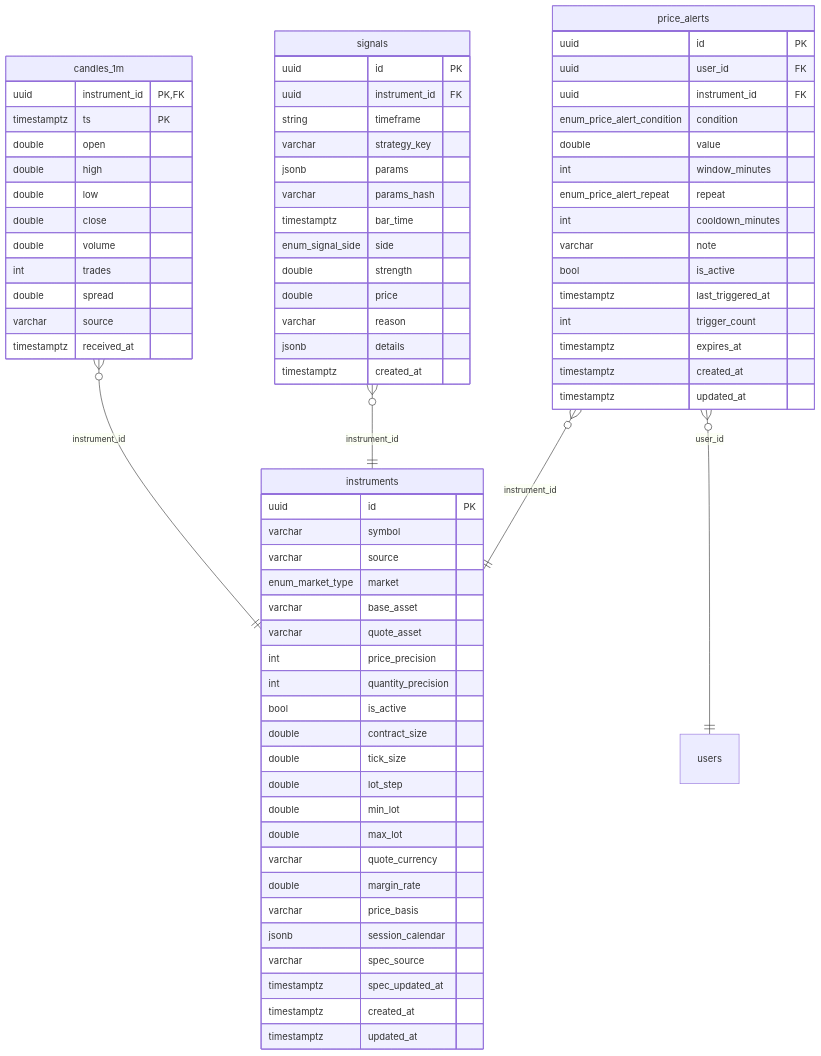
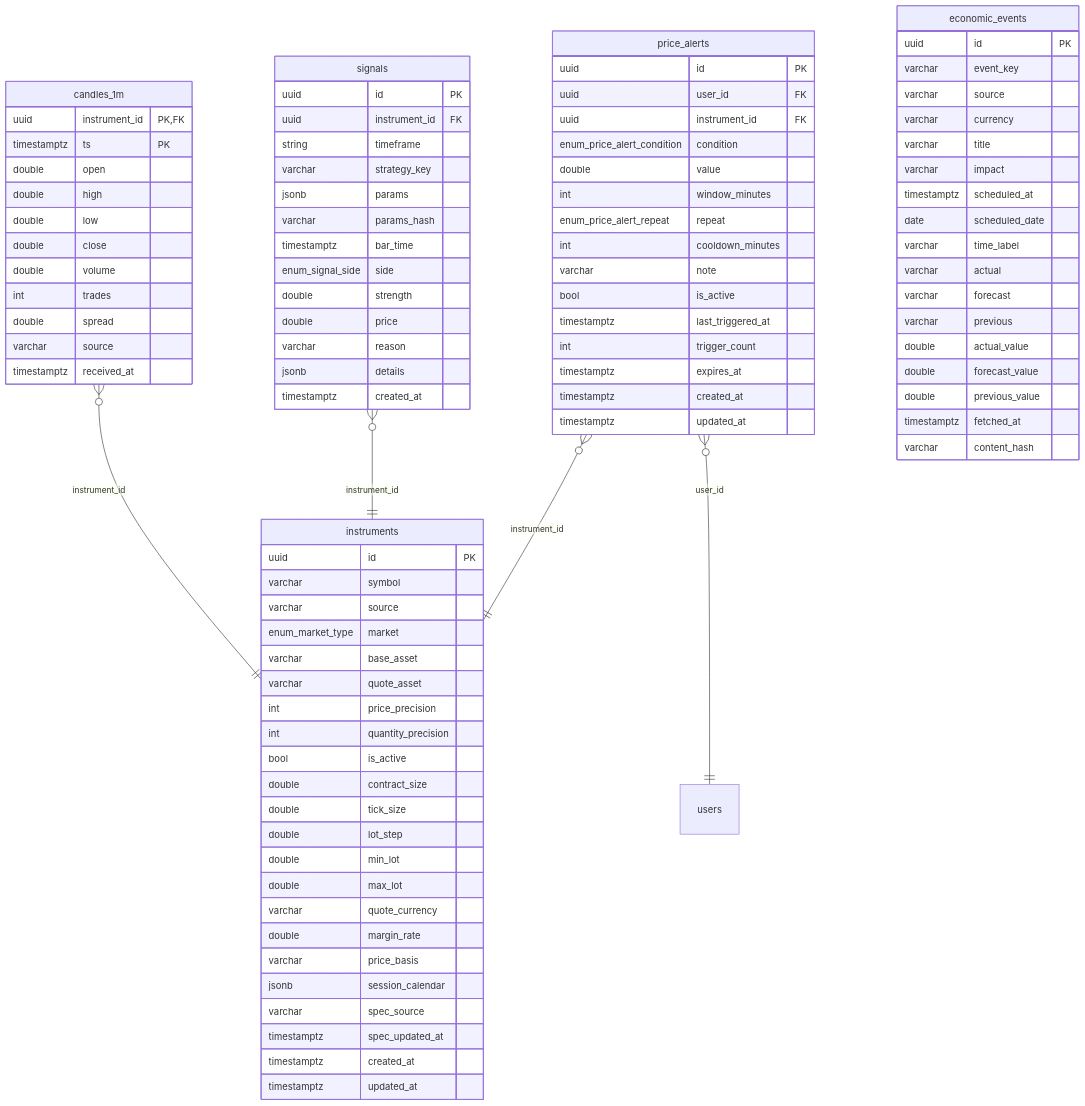
The diagram in docs/erd/mmd/market.mmd (yazan-alsamman/ai-trading-analysis-system), drawn with Mermaid before and after one commit. The commit also changed 20 other files, not shown here.

```diff
--- a/docs/erd/mmd/market.mmd
+++ b/docs/erd/mmd/market.mmd
@@ -1,75 +1,94 @@
 erDiagram
     instruments {
         uuid id PK
         varchar symbol
         varchar source
         enum_market_type market
         varchar base_asset
         varchar quote_asset
         int price_precision
         int quantity_precision
         bool is_active
         double contract_size
         double tick_size
         double lot_step
         double min_lot
         double max_lot
         varchar quote_currency
         double margin_rate
         varchar price_basis
         jsonb session_calendar
         varchar spec_source
         timestamptz spec_updated_at
         timestamptz created_at
         timestamptz updated_at
     }
     candles_1m {
         uuid instrument_id PK, FK
         timestamptz ts PK
         double open
         double high
         double low
         double close
         double volume
         int trades
         double spread
         varchar source
         timestamptz received_at
     }
     signals {
         uuid id PK
         uuid instrument_id FK
         string timeframe
         varchar strategy_key
         jsonb params
         varchar params_hash
         timestamptz bar_time
         enum_signal_side side
         double strength
         double price
         varchar reason
         jsonb details
         timestamptz created_at
     }
     price_alerts {
         uuid id PK
         uuid user_id FK
         uuid instrument_id FK
         enum_price_alert_condition condition
         double value
         int window_minutes
         enum_price_alert_repeat repeat
         int cooldown_minutes
         varchar note
         bool is_active
         timestamptz last_triggered_at
         int trigger_count
         timestamptz expires_at
         timestamptz created_at
         timestamptz updated_at
     }
+    economic_events {
+        uuid id PK
+        varchar event_key
+        varchar source
+        varchar currency
+        varchar title
+        varchar impact
+        timestamptz scheduled_at
+        date scheduled_date
+        varchar time_label
+        varchar actual
+        varchar forecast
+        varchar previous
+        double actual_value
+        double forecast_value
+        double previous_value
+        timestamptz fetched_at
+        varchar content_hash
+    }
     users
     candles_1m }o--|| instruments : "instrument_id"
     price_alerts }o--|| instruments : "instrument_id"
     price_alerts }o--|| users : "user_id"
     signals }o--|| instruments : "instrument_id"
```
